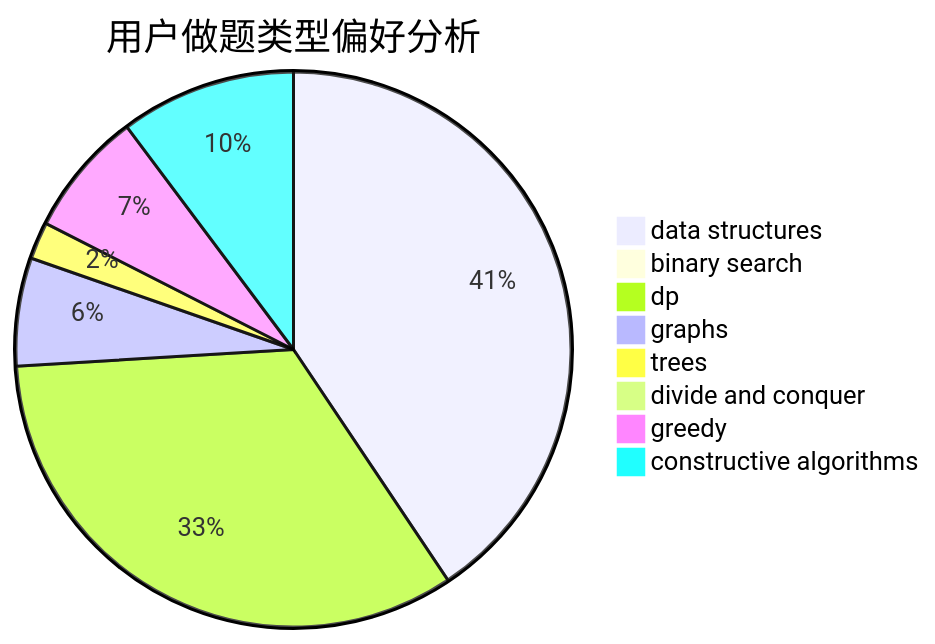
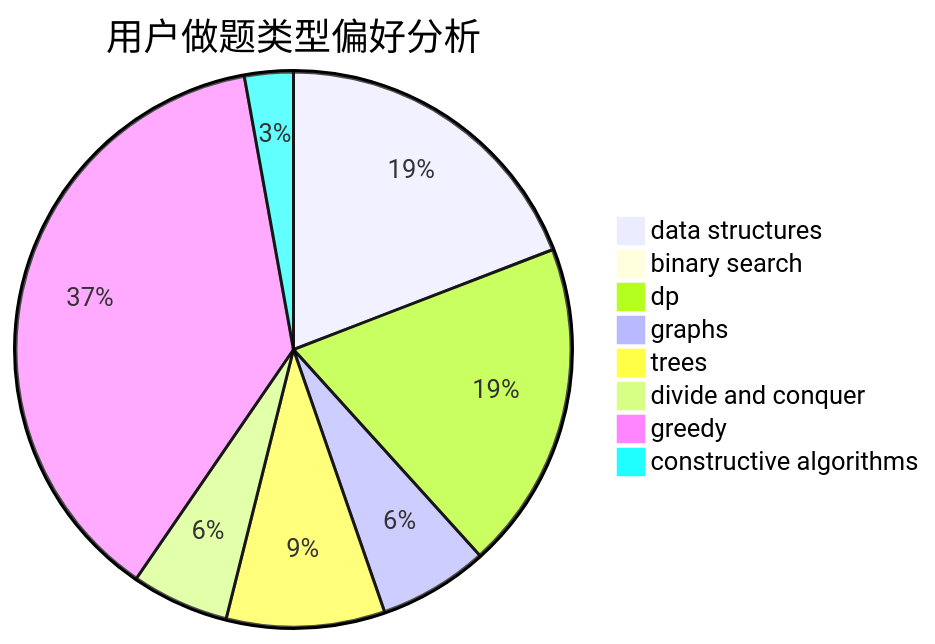
One commit to sherpahu/cfrs.github.io changed the second of 3 diagrams in docs/user/u687.md. Above: the diagram before and after it, drawn with Mermaid. The commit also changed other lines of this file and 2770 other files, not shown here.

````diff
--- a/docs/user/u687.md
+++ b/docs/user/u687.md
@@ -23,11 +23,11 @@
 ```mermaid
 pie title 用户做题类型偏好分析
-    "data structures" :  413
-    "binary search" :  2
-    "dp" :  340
-    "graphs" :  64
-    "trees" :  22
-    "divide and conquer" :  0
-    "greedy" :  74
-    "constructive algorithms" :  104
+    "data structures" :  27
+    "binary search" :  1
+    "dp" :  27
+    "graphs" :  9
+    "trees" :  13
+    "divide and conquer" :  8
+    "greedy" :  53
+    "constructive algorithms" :  4
 ```
````
